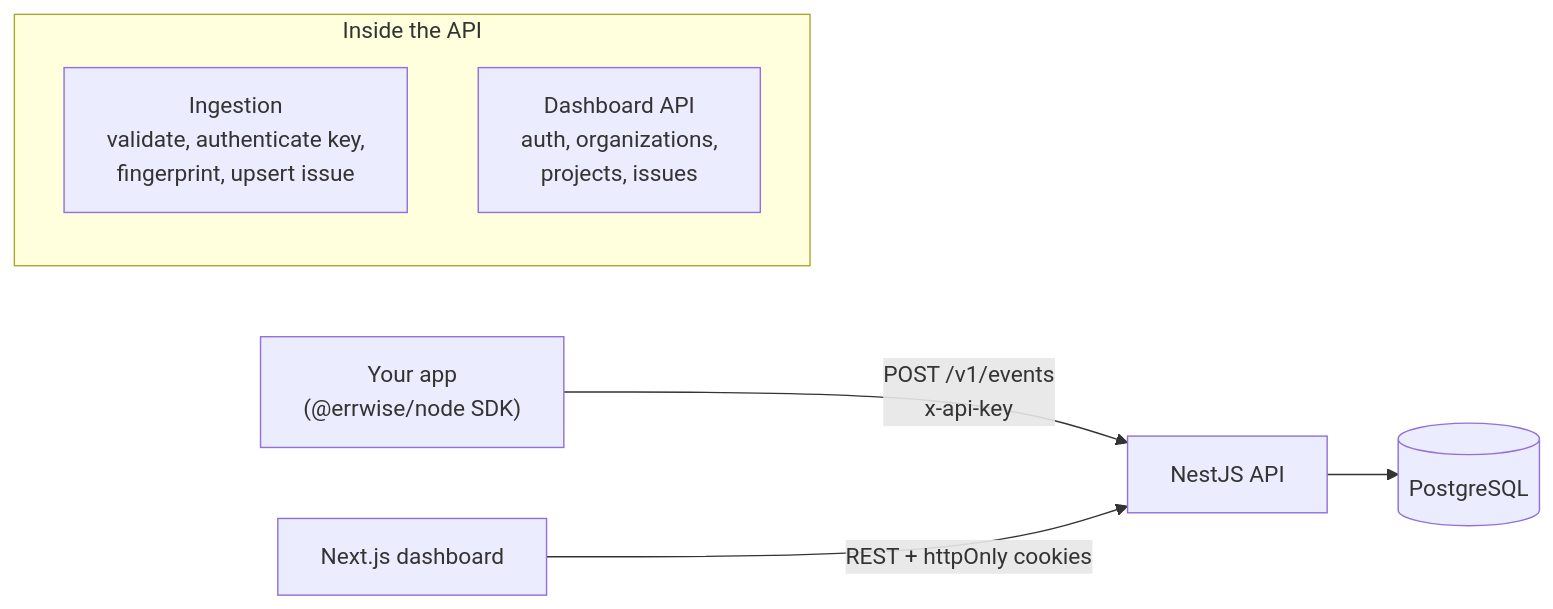
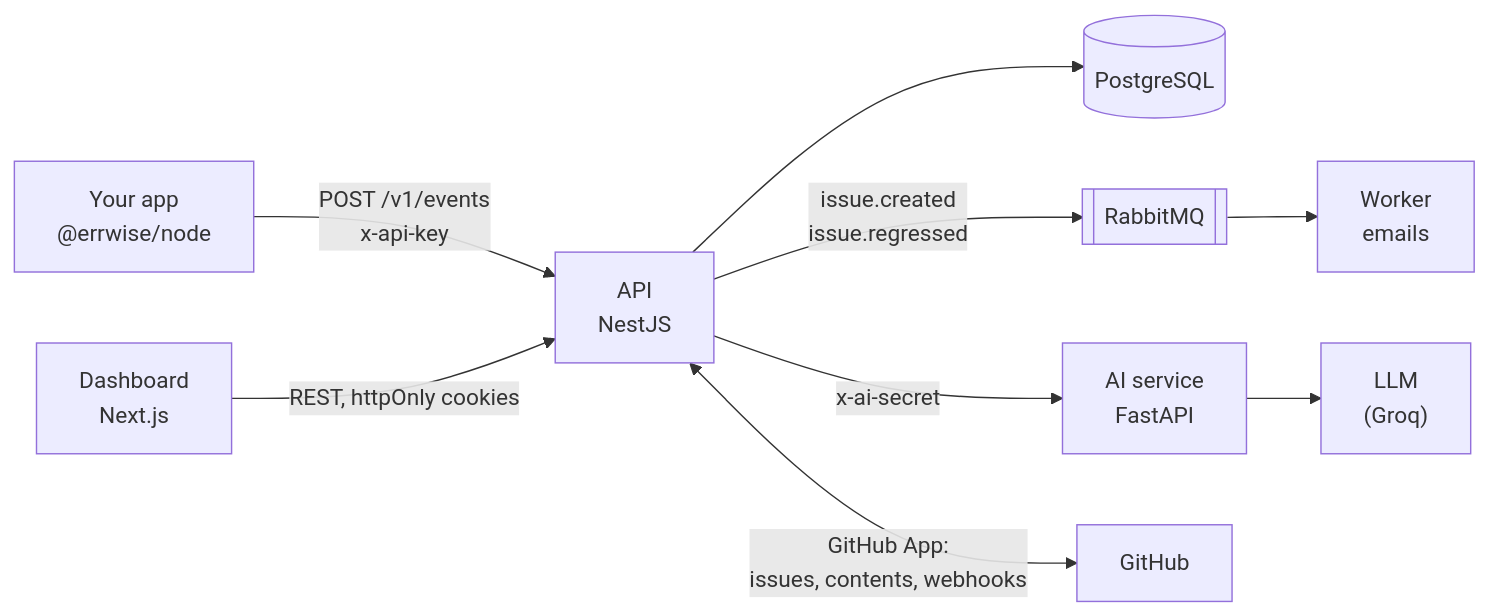
The diagram in README.md (AzizHamdi99/Errwise), drawn with Mermaid before and after one commit. The commit also changed other lines of this file, not shown here.

````diff
--- a/README.md
+++ b/README.md
@@ -86,12 +114,12 @@
 ```mermaid
 flowchart LR
-    App["Your app<br/>(@errwise/node SDK)"] -- "POST /v1/events<br/>x-api-key" --> API
-    Dash["Next.js dashboard"] -- "REST + httpOnly cookies" --> API
-    API["NestJS API"] --> DB[("PostgreSQL")]
+    App["Your app<br/>@errwise/node"] -- "POST /v1/events<br/>x-api-key" --> API
+    Web["Dashboard<br/>Next.js"] -- "REST, httpOnly cookies" --> API
 
-    subgraph API_internals [Inside the API]
-      direction TB
-      I["Ingestion<br/>validate, authenticate key,<br/>fingerprint, upsert issue"]
-      D["Dashboard API<br/>auth, organizations,<br/>projects, issues"]
-    end
+    API["API<br/>NestJS"] --> DB[("PostgreSQL")]
+    API -- "issue.created<br/>issue.regressed" --> MQ[["RabbitMQ"]]
+    MQ --> Worker["Worker<br/>emails"]
+    API -- "x-ai-secret" --> AI["AI service<br/>FastAPI"]
+    AI --> LLM["LLM<br/>(Groq)"]
+    API <-- "GitHub App:<br/>issues, contents, webhooks" --> GH["GitHub"]
 ```
````
